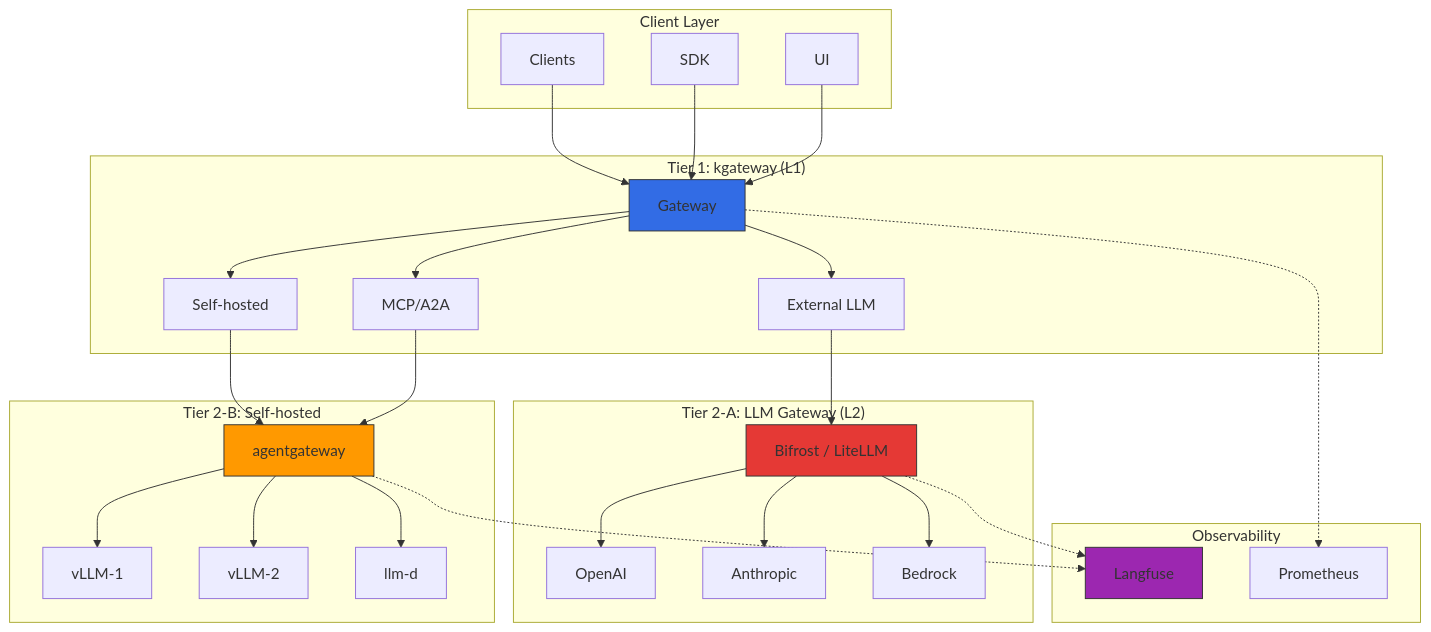
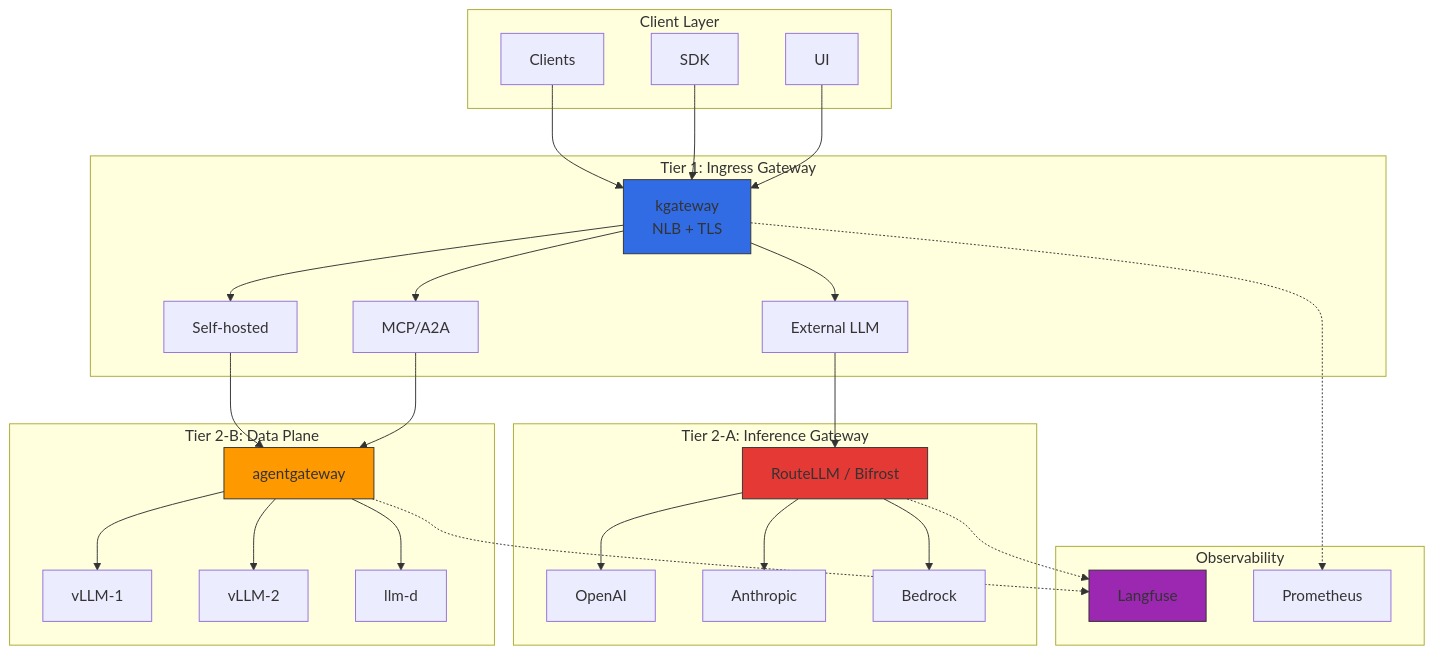
The second of 9 diagrams in docs/agentic-ai-platform/design-architecture/inference-gateway-routing.md (devfloor9/engineering-playbook), drawn with Mermaid before and after one commit. The commit also changed other lines of this file and 1 other file, not shown here.

First line of the commit message:
docs: 게이트웨이 3계층 아키텍처 + RouteLLM/LLMRoute/Cascading 반영

````diff
--- a/docs/agentic-ai-platform/design-architecture/inference-gateway-routing.md
+++ b/docs/agentic-ai-platform/design-architecture/inference-gateway-routing.md
@@ -39,53 +69,53 @@
 ```mermaid
 flowchart TB
     subgraph CL["Client Layer"]
         CLIENT[Clients]
         SDK[SDK]
         UI[UI]
     end
 
-    subgraph T1["Tier 1: kgateway (L1)"]
-        GW1[Gateway]
+    subgraph T1["Tier 1: Ingress Gateway"]
+        GW1[kgateway<br/>NLB + TLS]
         HR1[External LLM]
         HR2[Self-hosted]
         HR3[MCP/A2A]
     end
 
-    subgraph T2A["Tier 2-A: LLM Gateway (L2)"]
-        BIFROST[Bifrost / LiteLLM]
+    subgraph T2A["Tier 2-A: Inference Gateway"]
+        BIFROST[RouteLLM / Bifrost]
         OPENAI[OpenAI]
         ANTHROPIC[Anthropic]
         BEDROCK[Bedrock]
     end
 
-    subgraph T2B["Tier 2-B: Self-hosted"]
+    subgraph T2B["Tier 2-B: Data Plane"]
         AGENTGW[agentgateway]
         VLLM1[vLLM-1]
         VLLM2[vLLM-2]
         LLMD[llm-d]
     end
 
     subgraph OBS["Observability"]
         LANGFUSE[Langfuse]
         PROM[Prometheus]
     end
 
     CLIENT & SDK & UI --> GW1
     GW1 --> HR1 & HR2 & HR3
 
     HR1 --> BIFROST
     BIFROST --> OPENAI & ANTHROPIC & BEDROCK
 
     HR2 --> AGENTGW
     AGENTGW --> VLLM1 & VLLM2 & LLMD
 
     HR3 --> AGENTGW
 
     BIFROST & AGENTGW -.-> LANGFUSE
     GW1 -.-> PROM
 
     style GW1 fill:#326ce5,stroke:#333
     style BIFROST fill:#e53935,stroke:#333
     style AGENTGW fill:#ff9900,stroke:#333
     style LANGFUSE fill:#9c27b0,stroke:#333
 ```
````
